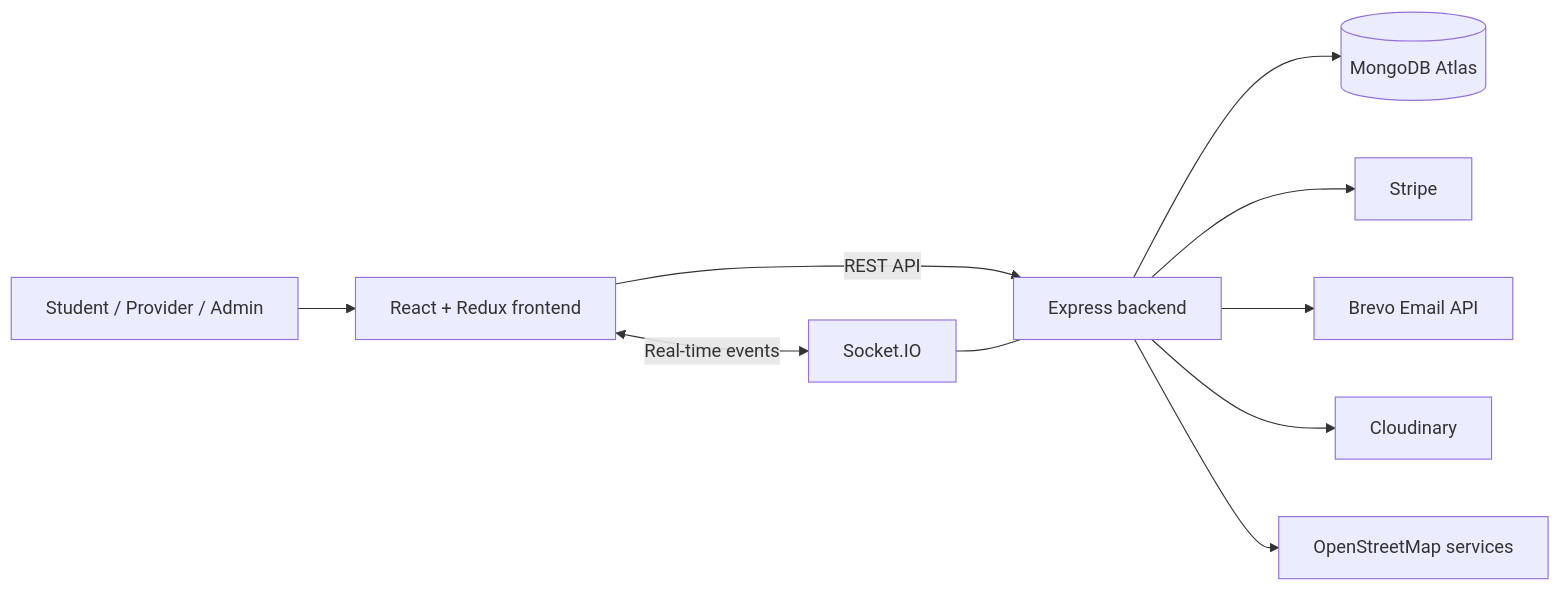
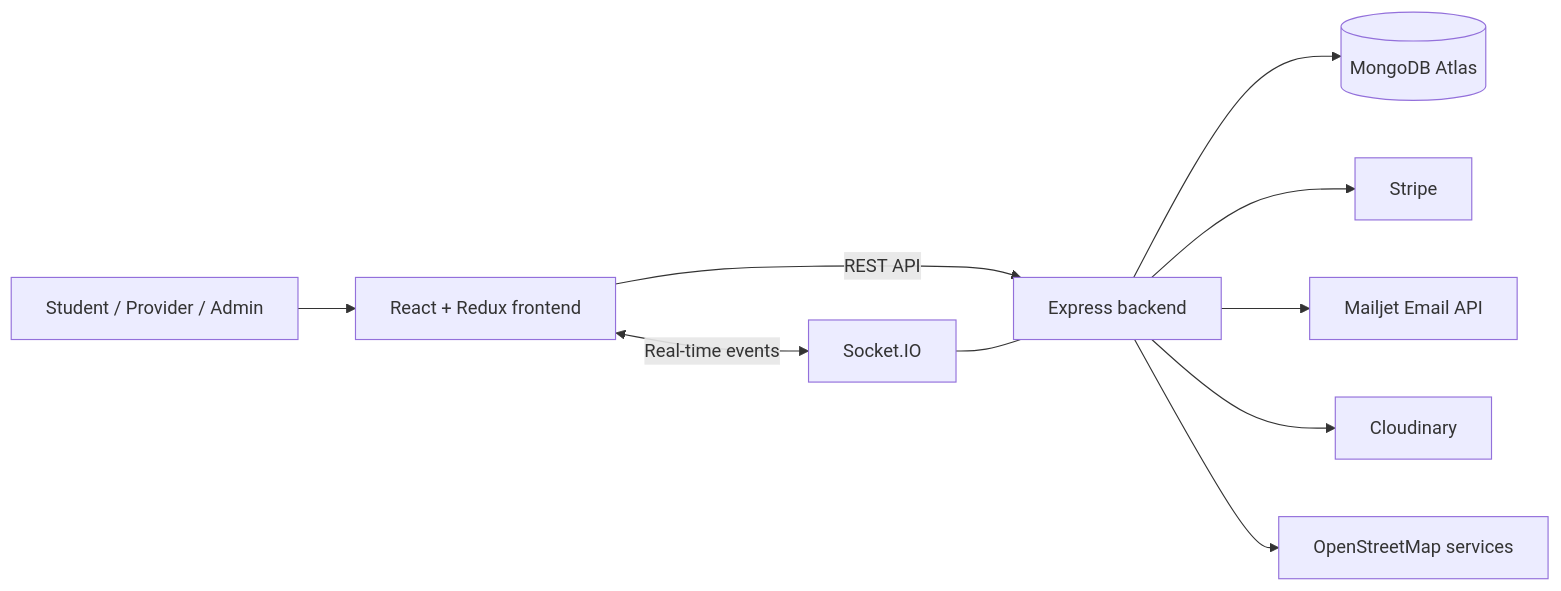
Before and after one commit to aqibawan2003/sfs: the diagram in README.md, drawn with Mermaid. The commit also changed other lines of this file and 4 other files, not shown here.

Commit message:
Switch transactional email provider to Mailjet

````diff
--- a/README.md
+++ b/README.md
@@ -74,12 +74,12 @@
 ```mermaid
 flowchart LR
     U[Student / Provider / Admin] --> F[React + Redux frontend]
     F -->|REST API| B[Express backend]
     F <-->|Real-time events| S[Socket.IO]
     S --- B
     B --> M[(MongoDB Atlas)]
     B --> P[Stripe]
-    B --> E[Brevo Email API]
+    B --> E[Mailjet Email API]
     B --> C[Cloudinary]
     B --> G[OpenStreetMap services]
 ```
````
